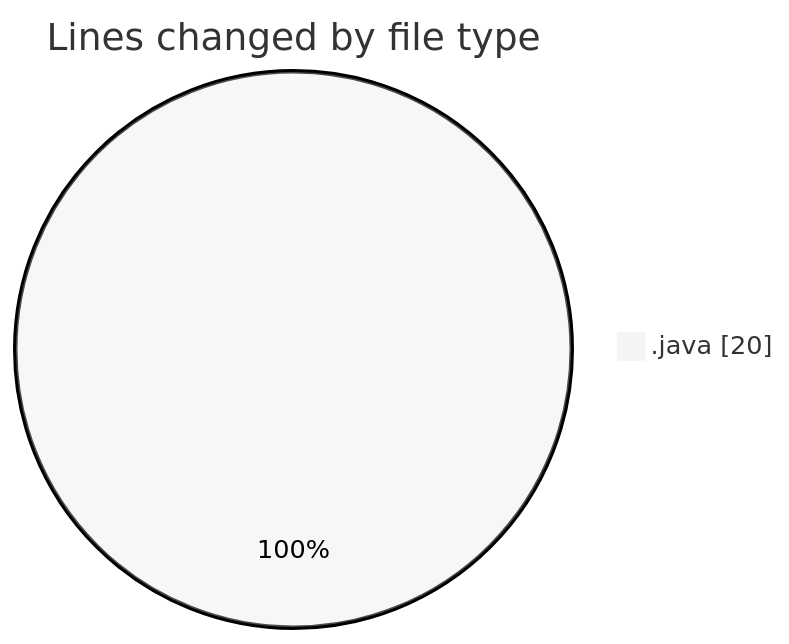
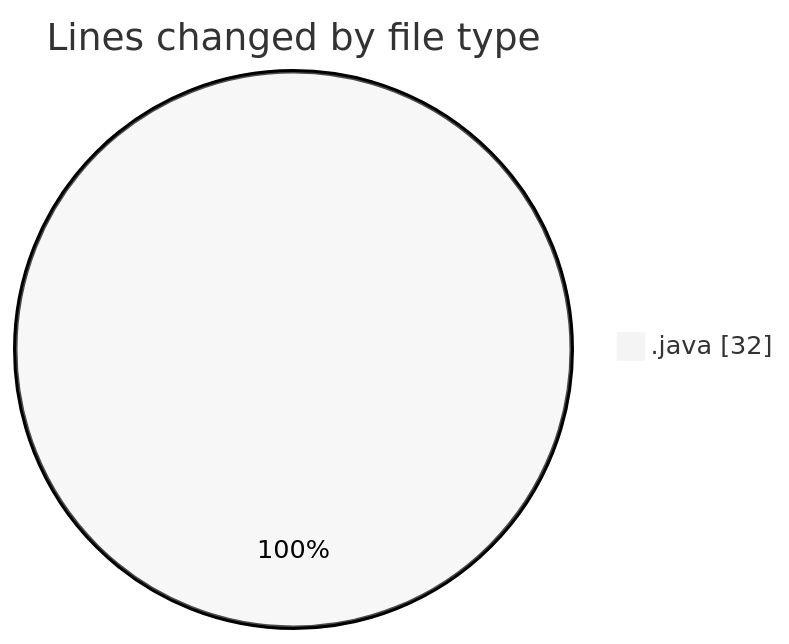
One commit to NitaiMahat/code-tracking changed the first of 2 diagrams in 2025-02-05/computer_202/README.md. Above: the diagram before and after it, drawn with Mermaid (neutral theme). The commit also changed other lines of this file and 1 other file, not shown here.

````diff
--- a/2025-02-05/computer_202/README.md
+++ b/2025-02-05/computer_202/README.md
@@ -22,5 +22,5 @@
 ```mermaid
 pie showData
 title Lines changed by file type
-".java" : 20
+".java" : 32
 ```
````
